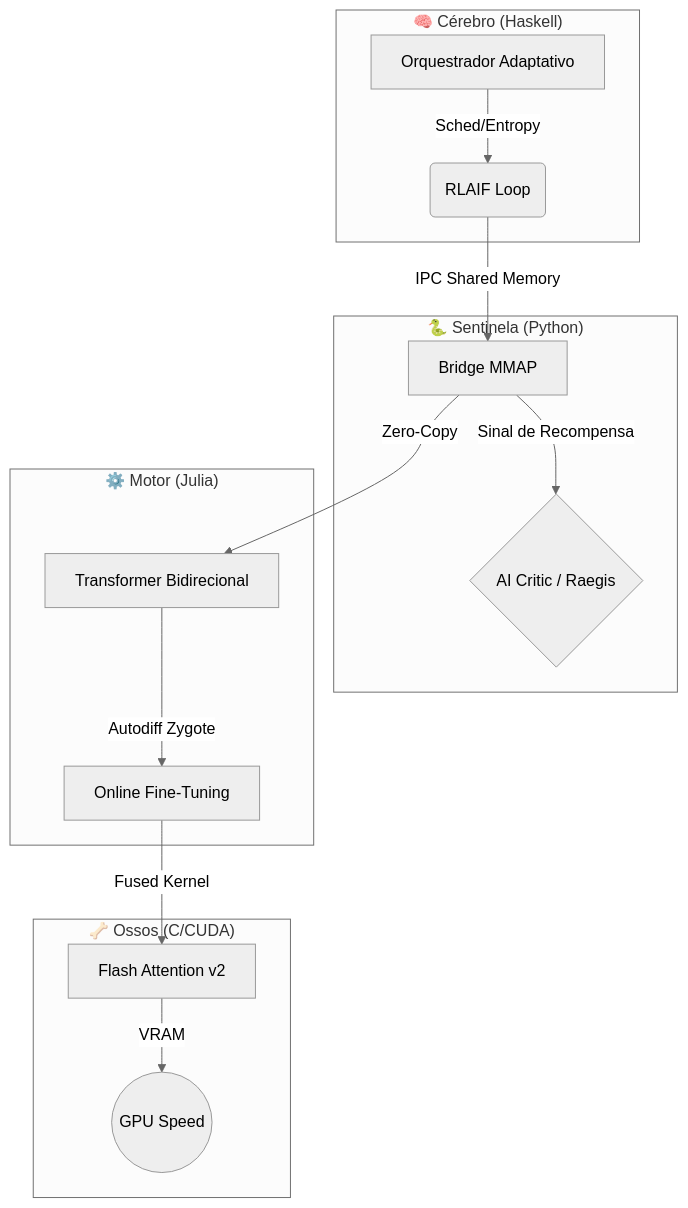
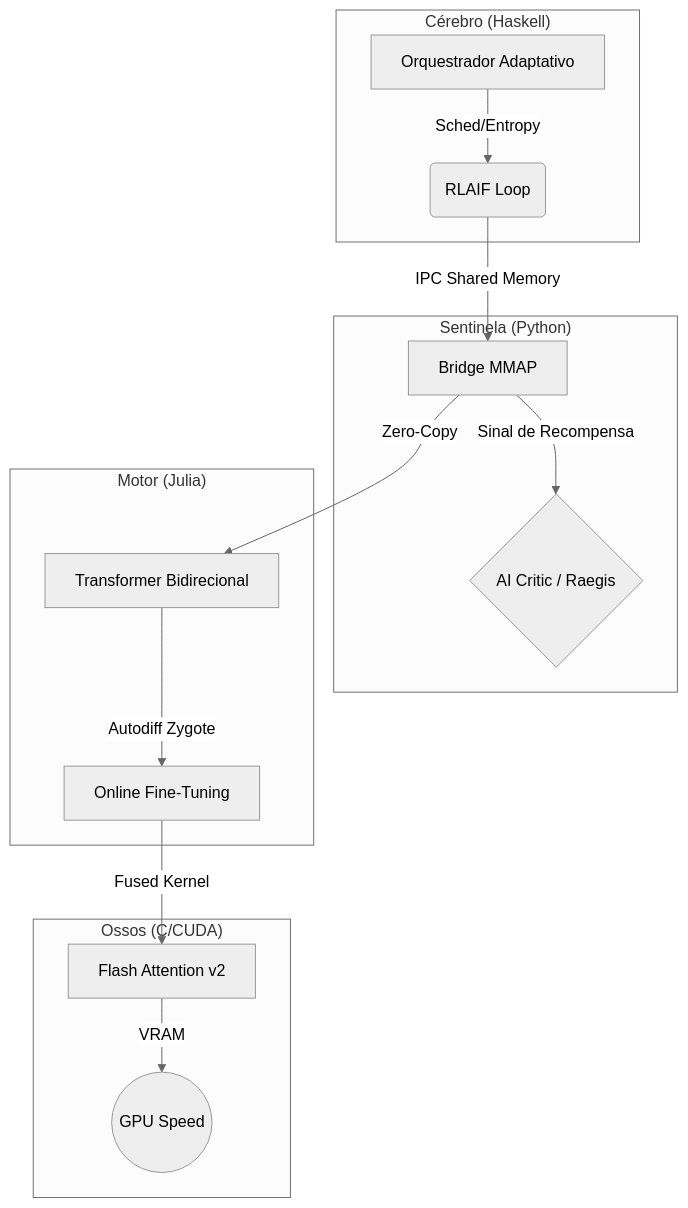
One commit to Rukafuu/CAFUNE changed the diagram in README.md. Above: the diagram before and after it, drawn with Mermaid (neutral theme). The commit also changed other lines of this file, not shown here.

````diff
--- a/README.md
+++ b/README.md
@@ -23,21 +23,21 @@
 ```mermaid
 graph TD
-    subgraph "🧠 Cérebro (Haskell)"
+    subgraph "Cérebro (Haskell)"
         A[Orquestrador Adaptativo] -->|Sched/Entropy| B(RLAIF Loop)
     end
     
-    subgraph "🐍 Sentinela (Python)"
+    subgraph "Sentinela (Python)"
         B -->|IPC Shared Memory| C[Bridge MMAP]
         C -->|Sinal de Recompensa| D{AI Critic / Raegis}
     end
     
-    subgraph "⚙️ Motor (Julia)"
+    subgraph "Motor (Julia)"
         C -->|Zero-Copy| E[Transformer Bidirecional]
         E -->|Autodiff Zygote| F[Online Fine-Tuning]
     end
     
-    subgraph "🦴 Ossos (C/CUDA)"
+    subgraph "Ossos (C/CUDA)"
         F -->|Fused Kernel| G[Flash Attention v2]
         G -->|VRAM| H((GPU Speed))
     end
 ```
````
